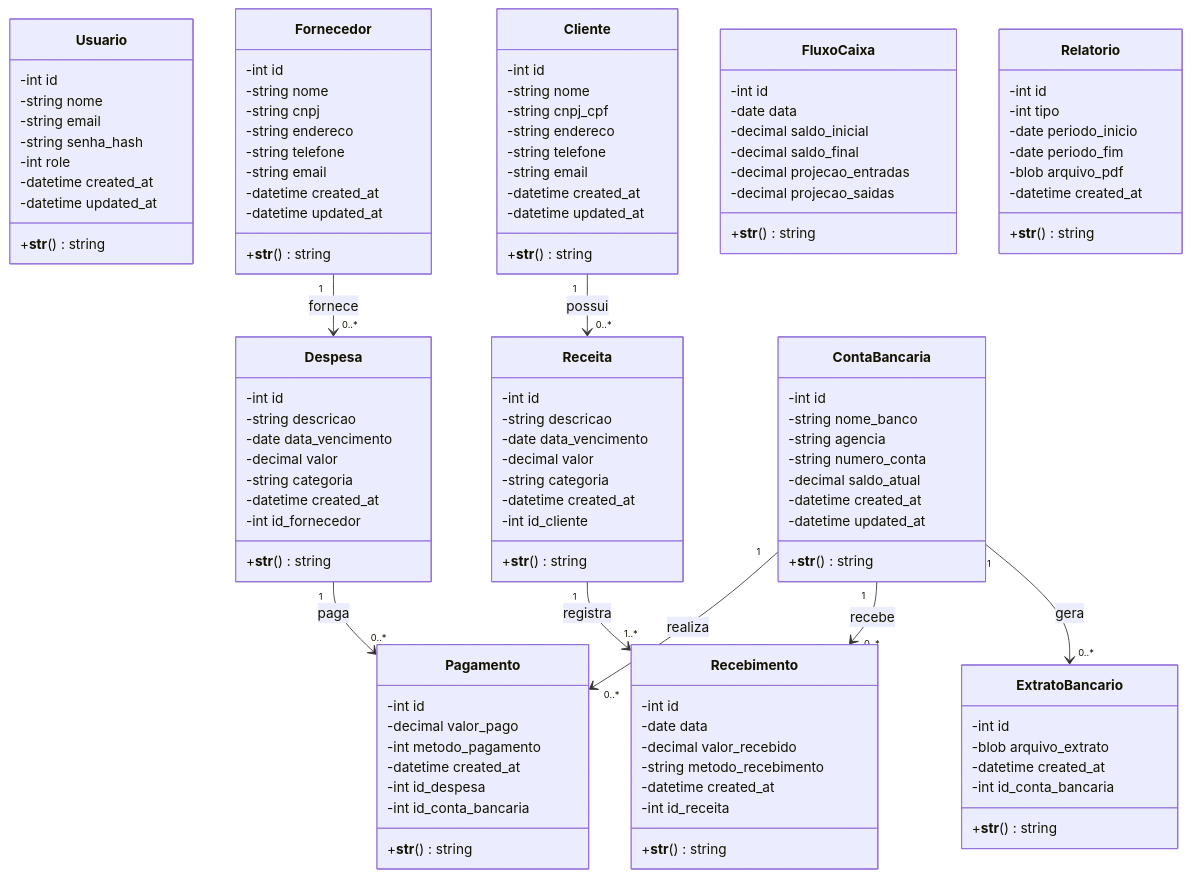
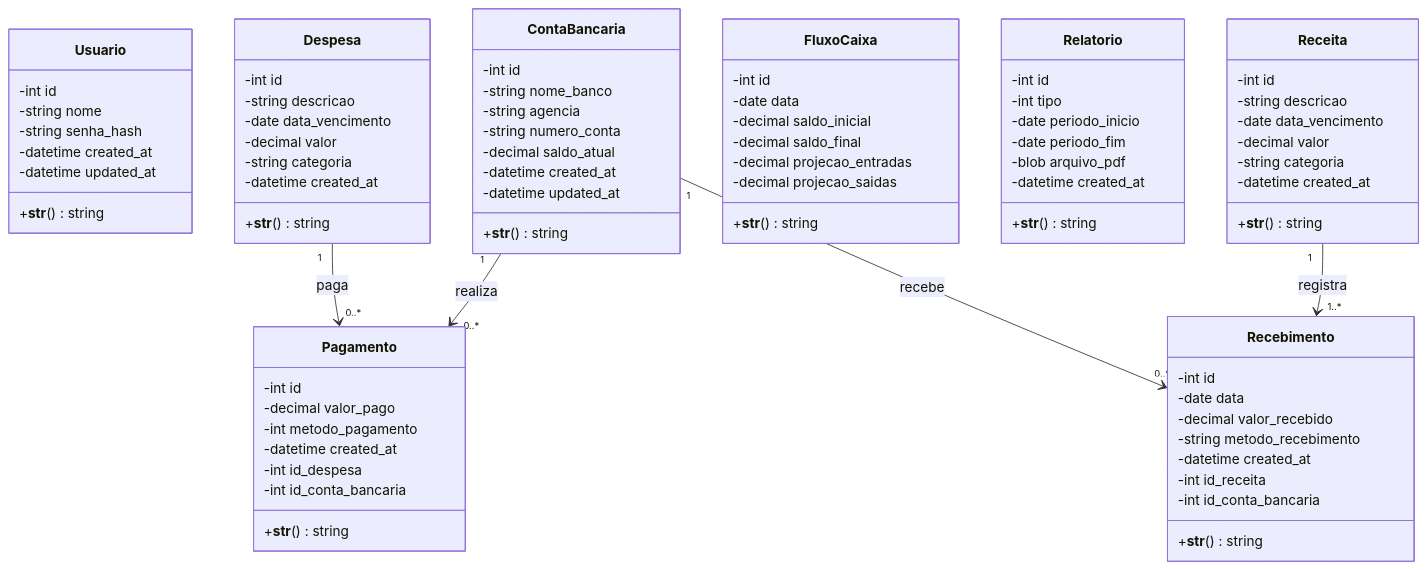
One commit to Gabriela-Amaro/Sistema-Mugiwara changed the diagram in README.DC.md. Above: the diagram before and after it, drawn with Mermaid.

````diff
--- a/README.DC.md
+++ b/README.DC.md
@@ -7,21 +7,7 @@
     class Usuario {
         -int id
         -string nome
-        -string email
         -string senha_hash
-        -int role
-        -datetime created_at
-        -datetime updated_at
-        +__str__() string
-    }
-
-    class Fornecedor {
-        -int id
-        -string nome
-        -string cnpj
-        -string endereco
-        -string telefone
-        -string email
         -datetime created_at
         -datetime updated_at
         +__str__() string
@@ -34,7 +20,6 @@
         -decimal valor
         -string categoria
         -datetime created_at
-        -int id_fornecedor
         +__str__() string
     }
 
@@ -48,18 +33,6 @@
         +__str__() string
     }
 
-    class Cliente {
-        -int id
-        -string nome
-        -string cnpj_cpf
-        -string endereco
-        -string telefone
-        -string email
-        -datetime created_at
-        -datetime updated_at
-        +__str__() string
-    }
-
     class Receita {
         -int id
         -string descricao
@@ -67,7 +40,6 @@
         -decimal valor
         -string categoria
         -datetime created_at
-        -int id_cliente
         +__str__() string
     }
 
@@ -78,6 +50,7 @@
         -string metodo_recebimento
         -datetime created_at
         -int id_receita
+        -int id_conta_bancaria
         +__str__() string
     }
 
@@ -112,19 +85,8 @@
        +__str__() string
     }
 
-    class ExtratoBancario {
-        -int id
-        -blob arquivo_extrato
-        -datetime created_at
-        -int id_conta_bancaria
-        +__str__() string
-    }
-
-    Fornecedor "1" --> "0..*" Despesa : fornece
-    Cliente "1" --> "0..*" Receita : possui
     ContaBancaria "1" --> "0..*" Pagamento : realiza
     ContaBancaria "1" --> "0..*" Recebimento : recebe
-    ContaBancaria "1" --> "0..*" ExtratoBancario : gera
     Despesa "1" --> "0..*" Pagamento : paga
     Receita "1" --> "1..*" Recebimento : registra
 ```
````
